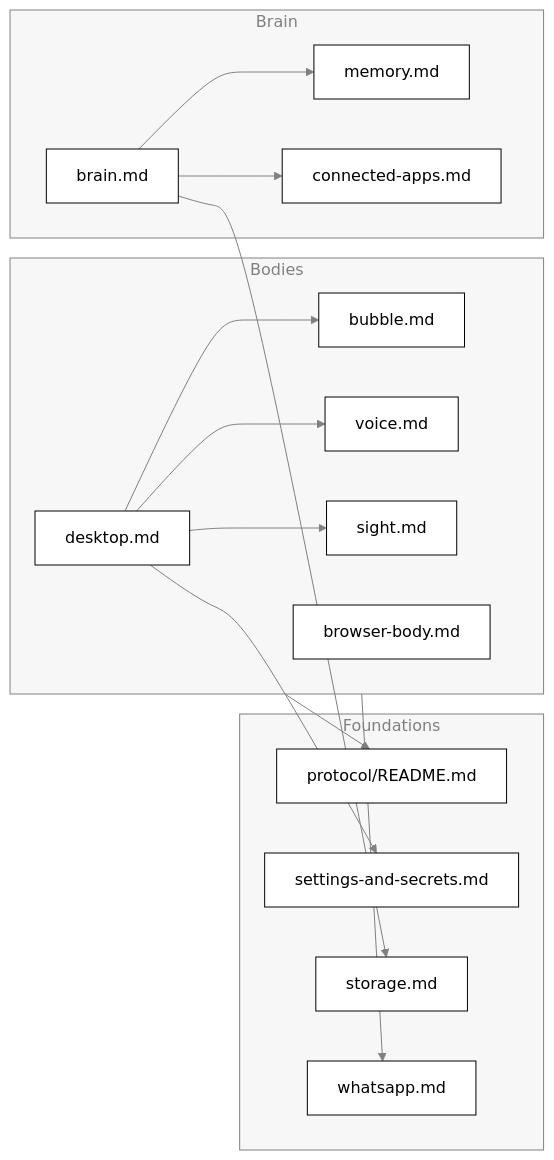
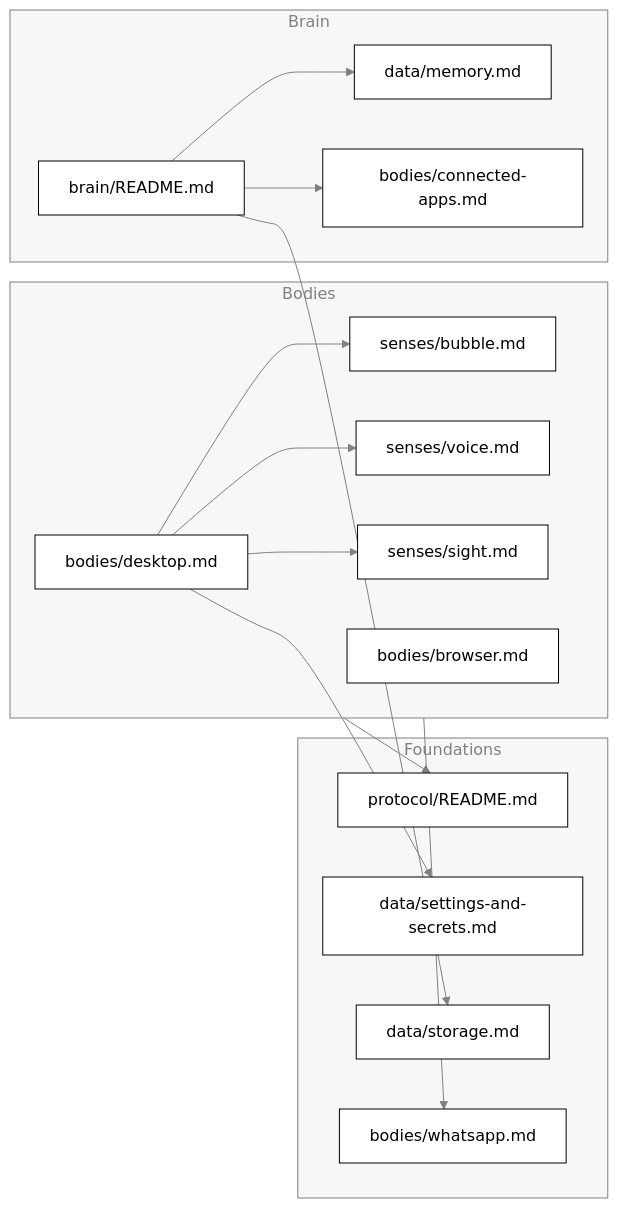
The fourth of 4 diagrams in docs/architecture.md (nadeem4/tagalong), drawn with Mermaid before and after one commit. The commit also changed other lines of this file and 23 other files, not shown here.

First line of the commit message:
docs: group docs into brain, senses, bodies and data folders (#430)

````diff
--- a/docs/architecture.md
+++ b/docs/architecture.md
@@ -221,31 +221,31 @@
 ```mermaid
 %%{init: {"theme": "base", "themeVariables": {"primaryColor": "#ffffff", "primaryTextColor": "#000000", "primaryBorderColor": "#000000", "lineColor": "#808080", "arrowheadColor": "#808080", "secondaryColor": "#f2f2f2", "tertiaryColor": "#ffffff", "clusterBkg": "#f7f7f7", "clusterBorder": "#808080", "edgeLabelBackground": "#ffffff", "titleColor": "#808080", "actorBkg": "#ffffff", "actorBorder": "#000000", "actorTextColor": "#000000", "actorLineColor": "#808080", "signalColor": "#808080", "signalTextColor": "#808080", "sequenceNumberColor": "#ffffff", "labelBoxBkgColor": "#ffffff", "labelBoxBorderColor": "#808080", "labelTextColor": "#000000", "loopTextColor": "#808080", "noteBkgColor": "#f7f7f7", "noteBorderColor": "#808080", "noteTextColor": "#000000", "activationBkgColor": "#f7f7f7", "activationBorderColor": "#808080", "fontFamily": "Segoe UI, Helvetica, Arial, sans-serif"}}}%%
 flowchart LR
   subgraph Bodies
-    DK["desktop.md"]
-    BU["bubble.md"]
-    VO["voice.md"]
-    SI["sight.md"]
-    BX["browser-body.md"]
+    DK["bodies/desktop.md"]
+    BU["senses/bubble.md"]
+    VO["senses/voice.md"]
+    SI["senses/sight.md"]
+    BX["bodies/browser.md"]
   end
   subgraph Brain
-    BR["brain.md"]
-    ME["memory.md"]
-    CA["connected-apps.md"]
+    BR["brain/README.md"]
+    ME["data/memory.md"]
+    CA["bodies/connected-apps.md"]
   end
   subgraph Foundations
     PR["protocol/README.md"]
-    SS["settings-and-secrets.md"]
-    ST["storage.md"]
-    WA["whatsapp.md"]
+    SS["data/settings-and-secrets.md"]
+    ST["data/storage.md"]
+    WA["bodies/whatsapp.md"]
   end
   DK --> BU
   DK --> VO
   DK --> SI
   BR --> ME
   BR --> CA
   Bodies --> PR
   DK --> SS
   BR --> ST
   Bodies --> WA
 ```
````
